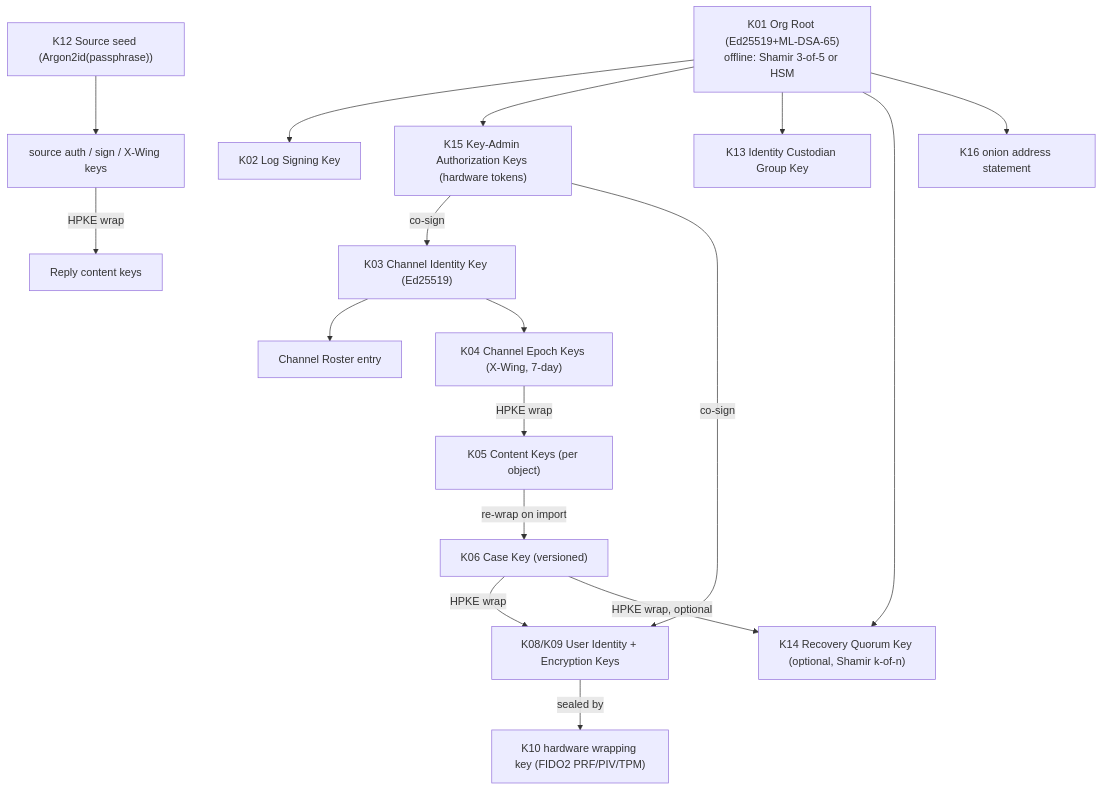
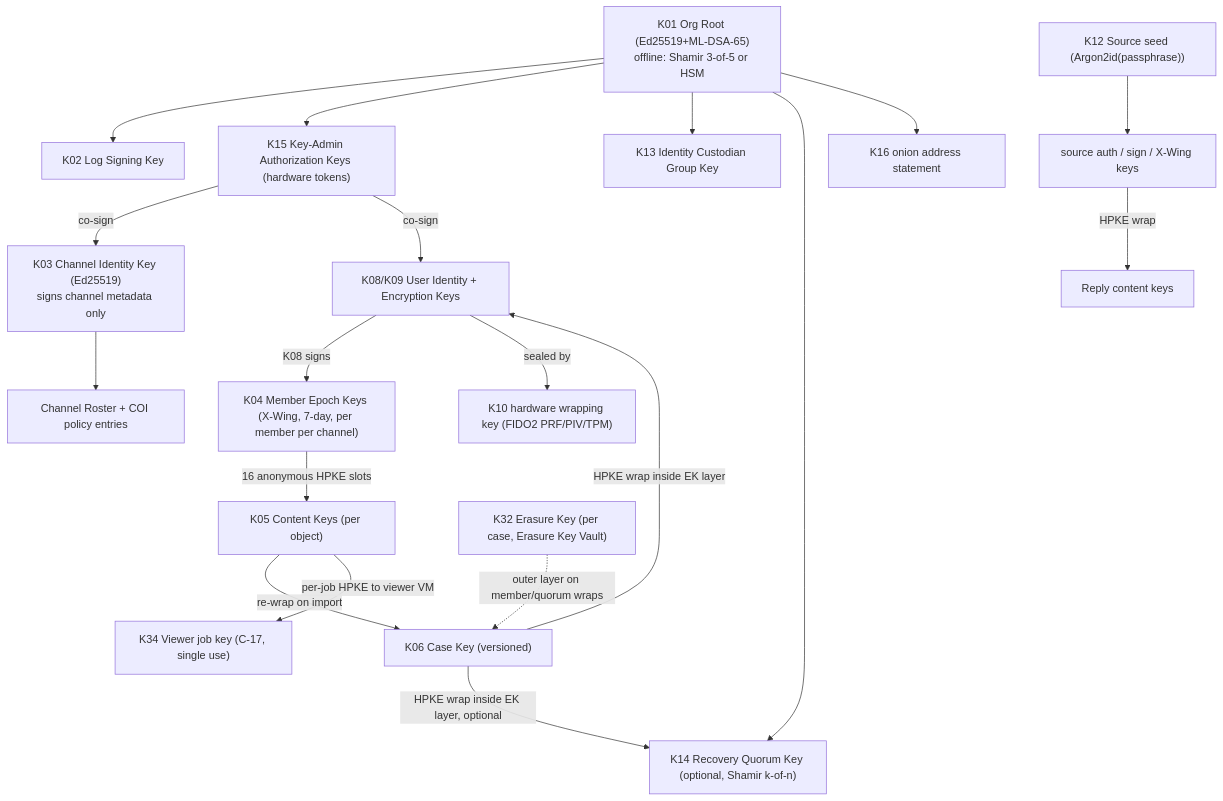
The first of 9 diagrams in specs/04-CRYPTOGRAPHY.md (djshellshoxxx/leaks), drawn with Mermaid before and after one commit. The commit also changed other lines of this file and 17 other files, not shown here.

````diff
--- a/specs/04-CRYPTOGRAPHY.md
+++ b/specs/04-CRYPTOGRAPHY.md
@@ -174,19 +179,21 @@
 ```mermaid
 flowchart TD
   ORG["K01 Org Root (Ed25519+ML-DSA-65)\noffline: Shamir 3-of-5 or HSM"] --> LOG["K02 Log Signing Key"]
   ORG --> KA["K15 Key-Admin Authorization Keys (hardware tokens)"]
   ORG --> CUST["K13 Identity Custodian Group Key"]
   ORG --> RQ["K14 Recovery Quorum Key (optional, Shamir k-of-n)"]
   ORG --> ONION["K16 onion address statement"]
-  KA -->|co-sign| CIK["K03 Channel Identity Key (Ed25519)"]
+  KA -->|co-sign| CIK["K03 Channel Identity Key (Ed25519)\nsigns channel metadata only"]
   KA -->|co-sign| UK["K08/K09 User Identity + Encryption Keys"]
-  CIK --> ROSTER["Channel Roster entry"]
-  CIK --> EPOCH["K04 Channel Epoch Keys (X-Wing, 7-day)"]
-  EPOCH -->|HPKE wrap| CK["K05 Content Keys (per object)"]
+  CIK --> ROSTER["Channel Roster + COI policy entries"]
+  UK -->|K08 signs| MEK["K04 Member Epoch Keys (X-Wing, 7-day, per member per channel)"]
+  MEK -->|16 anonymous HPKE slots| CK["K05 Content Keys (per object)"]
   CK -->|re-wrap on import| CASE["K06 Case Key (versioned)"]
-  CASE -->|HPKE wrap| UK
-  CASE -->|HPKE wrap, optional| RQ
+  CASE -->|HPKE wrap inside EK layer| UK
+  CASE -->|HPKE wrap inside EK layer, optional| RQ
+  EK["K32 Erasure Key (per case, Erasure Key Vault)"] -.->|outer layer on member/quorum wraps| CASE
   SRC["K12 Source seed (Argon2id(passphrase))"] --> SRCK["source auth / sign / X-Wing keys"]
   SRCK -->|HPKE wrap| RCK["Reply content keys"]
   UK -->|sealed by| HW["K10 hardware wrapping key (FIDO2 PRF/PIV/TPM)"]
+  CK -->|per-job HPKE to viewer VM| VJ["K34 Viewer job key (C-17, single use)"]
 ```
````
